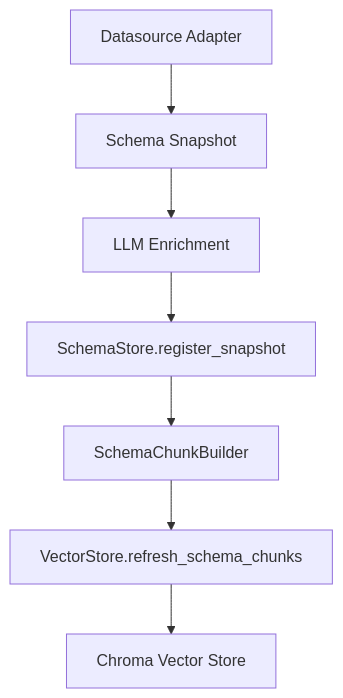
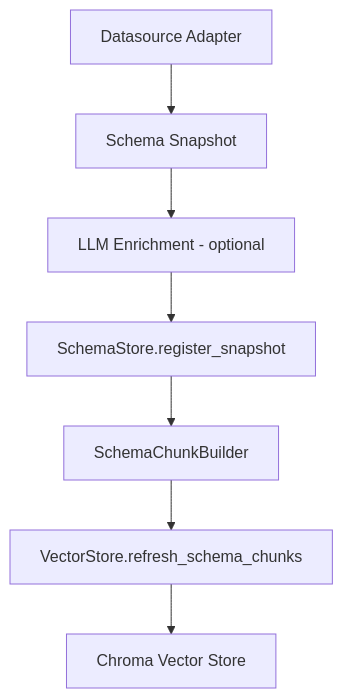
One commit to nadeem4/nl2sql changed the first of 2 diagrams in docs/architecture/indexing.md. Above: the diagram before and after it, drawn with Mermaid. The commit also changed other lines of this file and 7 other files, not shown here.

````diff
--- a/docs/architecture/indexing.md
+++ b/docs/architecture/indexing.md
@@ -7,9 +7,9 @@
 ```mermaid
 flowchart TD
     Adapter[Datasource Adapter] --> Snapshot[Schema Snapshot]
-    Snapshot --> Enrich[LLM Enrichment]
+    Snapshot --> Enrich[LLM Enrichment - optional]
     Enrich --> Register[SchemaStore.register_snapshot]
     Register --> Chunker[SchemaChunkBuilder]
     Chunker --> Refresh[VectorStore.refresh_schema_chunks]
     Refresh --> Store[Chroma Vector Store]
 ```
````
